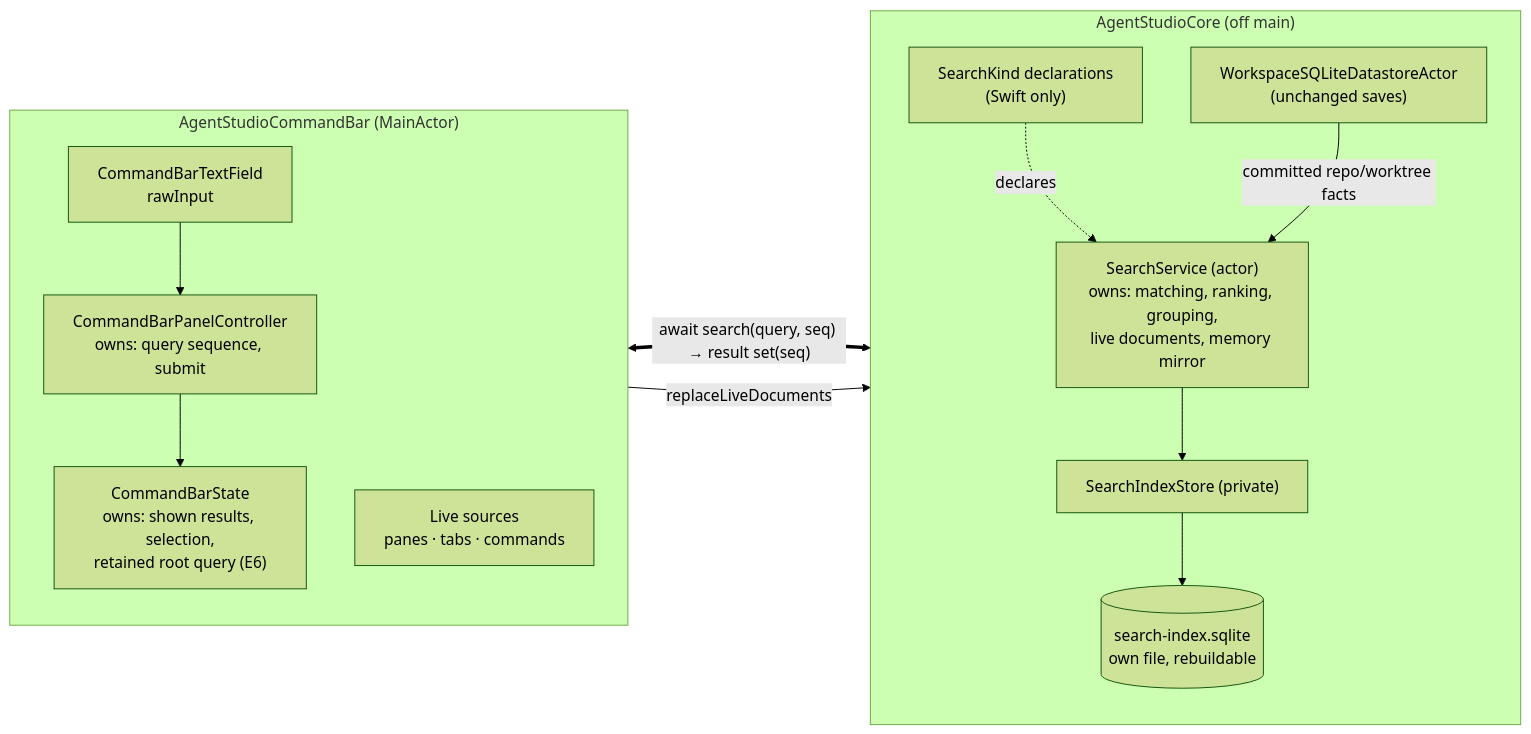
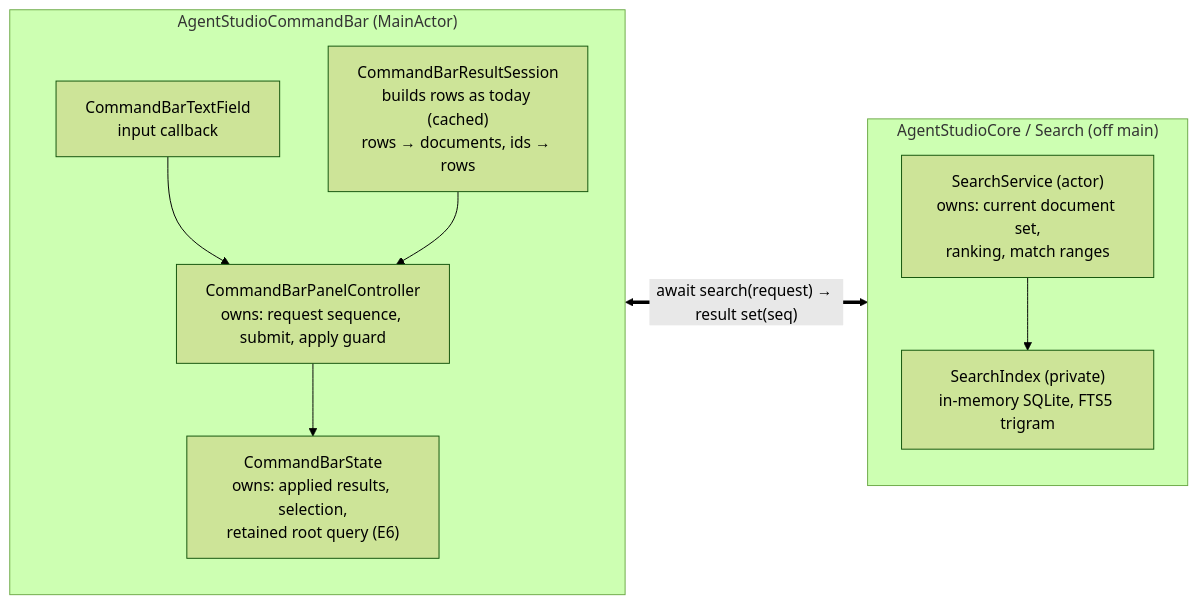
One commit to ShravanSunder/agentstudio changed the first of 4 diagrams in docs/specs/2026-09-26-find-search-service/2026-09-26-find-search-service-program-design.md. Above: the diagram before and after it, drawn with Mermaid (forest theme). The commit also changed other lines of this file and 2 other files, not shown here.

Commit message:
Switch Find to SQLite substring search over command-bar rows and address design review

````diff
--- a/docs/specs/2026-09-26-find-search-service/2026-09-26-find-search-service-program-design.md
+++ b/docs/specs/2026-09-26-find-search-service/2026-09-26-find-search-service-program-design.md
@@ -7,17 +7,14 @@
 ```mermaid
 flowchart LR
   subgraph CB["AgentStudioCommandBar (MainActor)"]
     direction TB
-    TF["CommandBarTextField<br/>rawInput"] --> CTRL["CommandBarPanelController<br/>owns: query sequence, submit"]
-    CTRL --> ST["CommandBarState<br/>owns: shown results, selection,<br/>retained root query (E6)"]
-    LIVE["Live sources<br/>panes · tabs · commands"]
+    TF["CommandBarTextField<br/>input callback"] --> CTRL["CommandBarPanelController<br/>owns: request sequence, submit, apply guard"]
+    RS["CommandBarResultSession<br/>builds rows as today (cached)<br/>rows → documents, ids → rows"] --> CTRL
+    CTRL --> ST["CommandBarState<br/>owns: applied results, selection,<br/>retained root query (E6)"]
   end
-  subgraph CORE["AgentStudioCore (off main)"]
+  subgraph CORE["AgentStudioCore / Search (off main)"]
     direction TB
-    KIND["SearchKind declarations<br/>(Swift only)"] -.declares.-> SVC["SearchService (actor)<br/>owns: matching, ranking, grouping,<br/>live documents, memory mirror"]
-    SVC --> IDX["SearchIndexStore (private)"] --> LOC[("search-index.sqlite<br/>own file, rebuildable")]
-    DS["WorkspaceSQLiteDatastoreActor<br/>(unchanged saves)"] -- "committed repo/worktree facts" --> SVC
+    SVC["SearchService (actor)<br/>owns: current document set,<br/>ranking, match ranges"] --> IDX["SearchIndex (private)<br/>in-memory SQLite, FTS5 trigram"]
   end
-  CTRL <== "await search(query, seq) → result set(seq)" ==> SVC
-  LIVE -- "replaceLiveDocuments" --> SVC
+  CTRL <== "await search(request) → result set(seq)" ==> SVC
 ```
````
